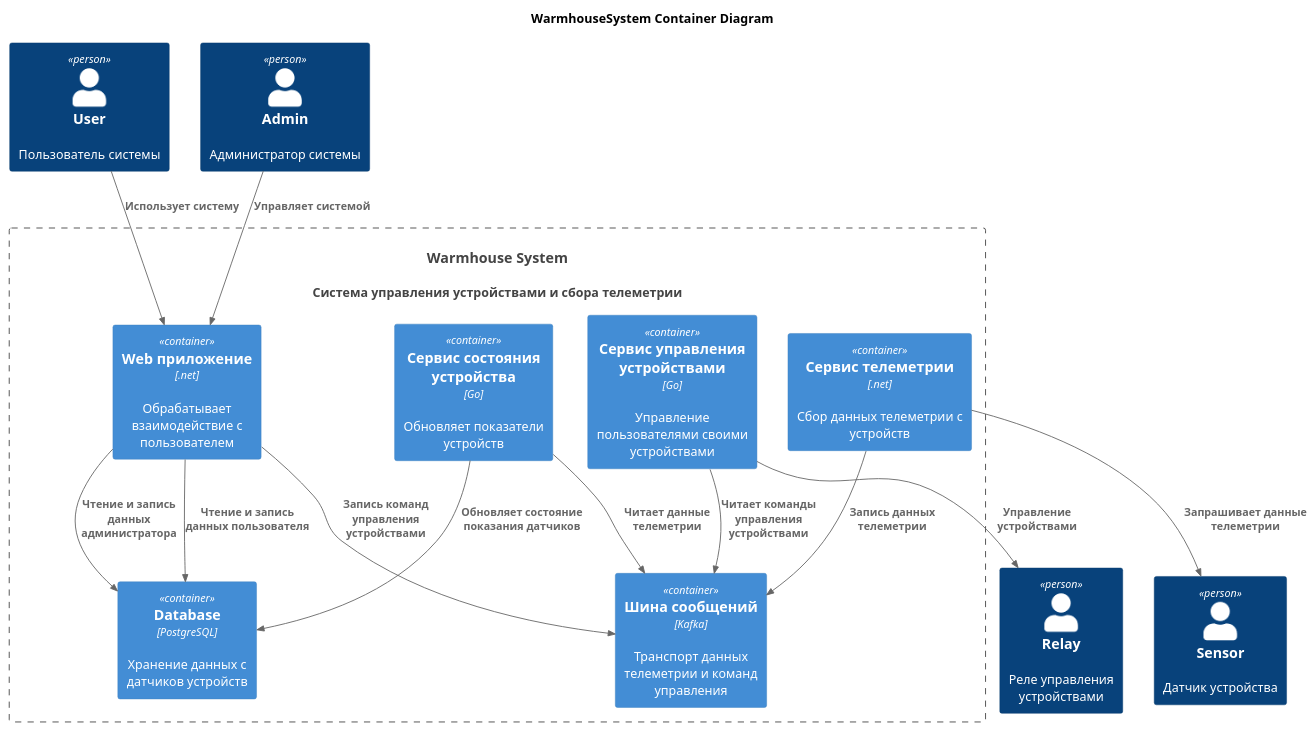
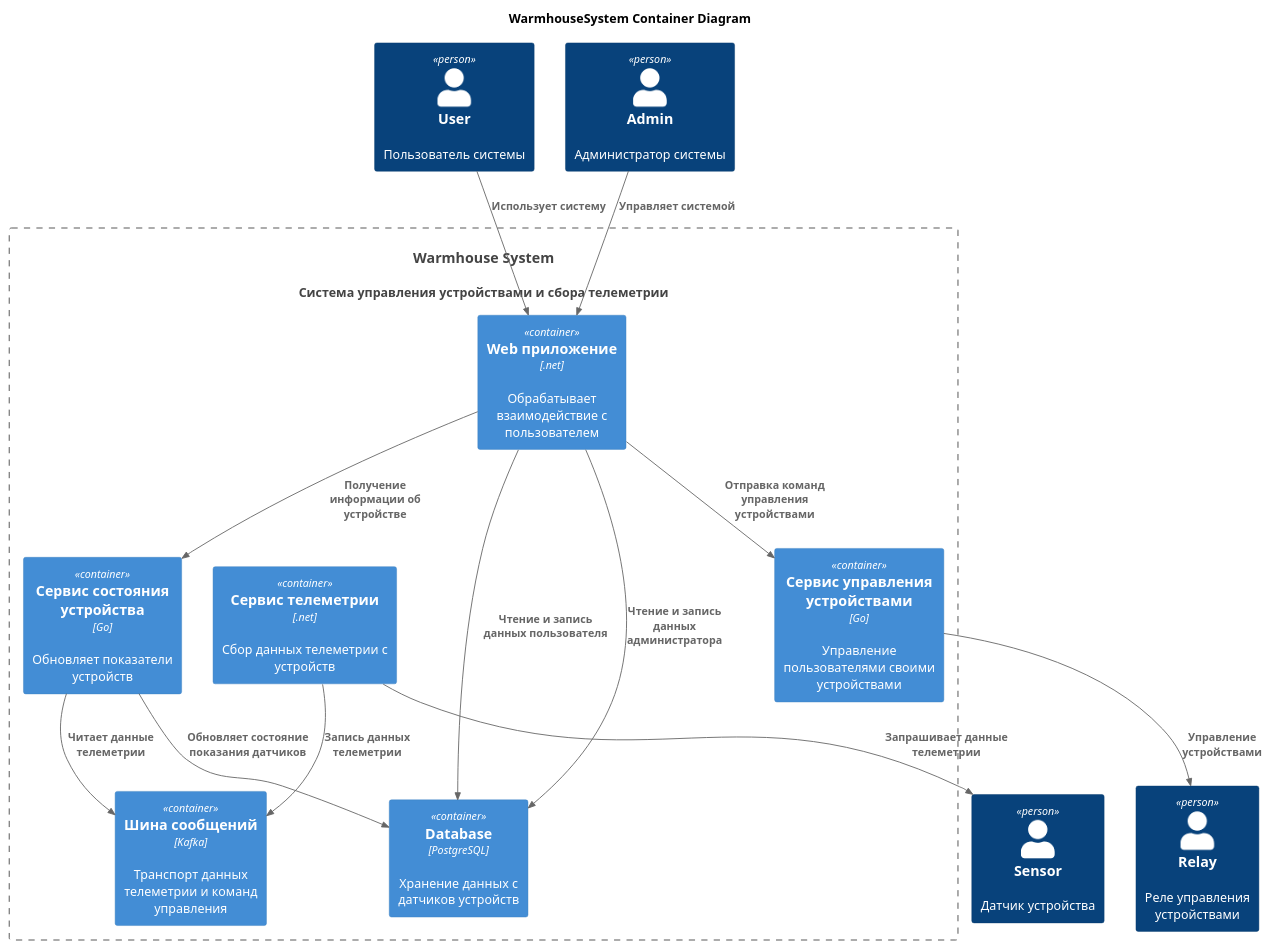
Before and after one commit to lukyanovanton131/architecture-pro-warmhouse: the diagram in diagrams/containers/WarmhouseSystemContainers.puml, drawn with PlantUML.

Commit message:
Update WarmhouseSystemContainers.puml
изменение типа взаимодействия сервисов

```diff
--- a/diagrams/containers/WarmhouseSystemContainers.puml
+++ b/diagrams/containers/WarmhouseSystemContainers.puml
@@ -1,38 +1,38 @@
 @startuml
 title WarmhouseSystem Container Diagram
 
 top to bottom direction
 
 !includeurl https://raw.githubusercontent.com/RicardoNiepel/C4-PlantUML/master/C4_Component.puml
 
 Person(user, "User", "Пользователь системы")
 Person(admin, "Admin", "Администратор системы")
 Person(sensor, "Sensor", "Датчик устройства")
 Person(relay, "Relay", "Реле управления устройствами")
 
 System(WarmhouseSystem, "Warmhouse System", "Система управления устройствами и сбора телеметрии")
 
 Container_Boundary(WarmhouseSystem, "Warmhouse System") {
   Container(WebApp, "Web приложение", ".net", "Обрабатывает взаимодействие с пользователем")
   Container(DeviceControlApp, "Сервис управления устройствами", "Go", "Управление пользователями своими устройствами")
   Container(DeviceStateManagerApp, "Сервис состояния устройства", "Go", "Обновляет показатели устройств")
   Container(TelemetryCollectorApp, "Сервис телеметрии", ".net", "Сбор данных телеметрии с устройств")
   
   Container(Database, "Database", "PostgreSQL", "Хранение данных с датчиков устройств")
   Container(MessageBus, "Шина сообщений", "Kafka", "Транспорт данных телеметрии и команд управления")
 }
 
 
 Rel(user, WebApp, "Использует систему")
 Rel(admin, WebApp,"Управляет системой")
 Rel(WebApp, Database,"Чтение и запись данных пользователя")
-Rel(WebApp, MessageBus,"Запись команд управления устройствами")
+Rel(WebApp, DeviceControlApp,"Отправка команд управления устройствами")
+Rel(WebApp, DeviceStateManagerApp,"Получение информации об устройстве")
 Rel(WebApp, Database,"Чтение и запись данных администратора")
 Rel(TelemetryCollectorApp, sensor,"Запрашивает данные телеметрии")
 Rel(TelemetryCollectorApp, MessageBus,"Запись данных телеметрии")
-Rel(DeviceControlApp, MessageBus,"Читает команды управления устройствами")
 Rel(DeviceControlApp, relay,"Управление устройствами")
 Rel(DeviceStateManagerApp, Database,"Обновляет состояние показания датчиков")
 Rel(DeviceStateManagerApp, MessageBus,"Читает данные телеметрии")
 
 @enduml
```
